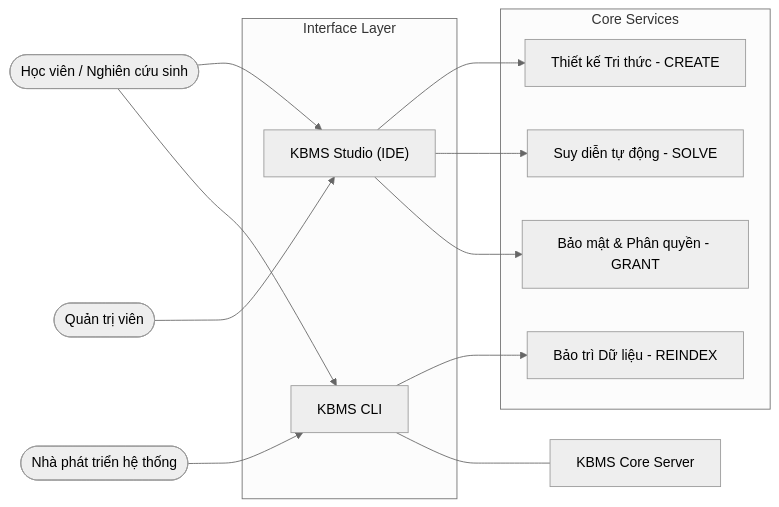
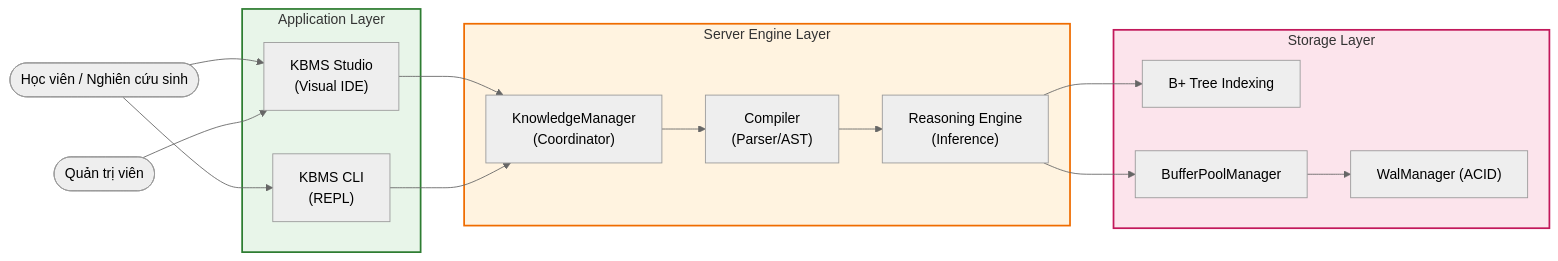
The diagram in docs/assets/diagrams/kbms_general_use_case.mmd (tranphat1506/KBMS), drawn with Mermaid (neutral theme) before and after one commit. The commit also changed 574 other files, not shown here.

Commit message:
refactor: reorganize documentation structure, update diagrams, and clean up legacy LaTeX report assets.

```diff
--- a/docs/assets/diagrams/kbms_general_use_case.mmd
+++ b/docs/assets/diagrams/kbms_general_use_case.mmd
@@ -1,27 +1,37 @@
 graph LR
     User([Học viên / Nghiên cứu sinh])
     Admin([Quản trị viên])
-    Dev([Nhà phát triển hệ thống])
-
-    subgraph Interface [Interface Layer]
-        CLI["KBMS CLI"]
-        Studio["KBMS Studio (IDE)"]
+    
+    subgraph AppLayer [Application Layer]
+        Studio["KBMS Studio<br/>(Visual IDE)"]
+        CLI["KBMS CLI<br/>(REPL)"]
     end
 
-    subgraph Service [Core Services]
-        KDL[Thiết kế Tri thức - CREATE]
-        RE[Suy diễn tự động - SOLVE]
-        KML[Bảo trì Dữ liệu - REINDEX]
-        KCL[Bảo mật & Phân quyền - GRANT]
+    subgraph ServerLayer [Server Engine Layer]
+        KM["KnowledgeManager<br/>(Coordinator)"]
+        RE["Reasoning Engine<br/>(Inference)"]
+        KDL["Compiler<br/>(Parser/AST)"]
+    end
+
+    subgraph StorageLayer [Storage Layer]
+        Index["B+ Tree Indexing"]
+        BP["BufferPoolManager"]
+        WAL["WalManager (ACID)"]
     end
 
     User --> Studio
     User --> CLI
     Admin --> Studio
-    Dev --> CLI
+    
+    Studio --> KM
+    CLI --> KM
+    
+    KM --> KDL
+    KDL --> RE
+    RE --> Index
+    RE --> BP
+    BP --> WAL
 
-    Studio --> KDL
-    Studio --> RE
-    Studio --> KCL
-    CLI --> KML
-    CLI --- Server["KBMS Core Server"]
+    style AppLayer fill:#e8f5e9,stroke:#2e7d32,stroke-width:2px
+    style ServerLayer fill:#fff3e0,stroke:#ef6c00,stroke-width:2px
+    style StorageLayer fill:#fce4ec,stroke:#c2185b,stroke-width:2px
```
